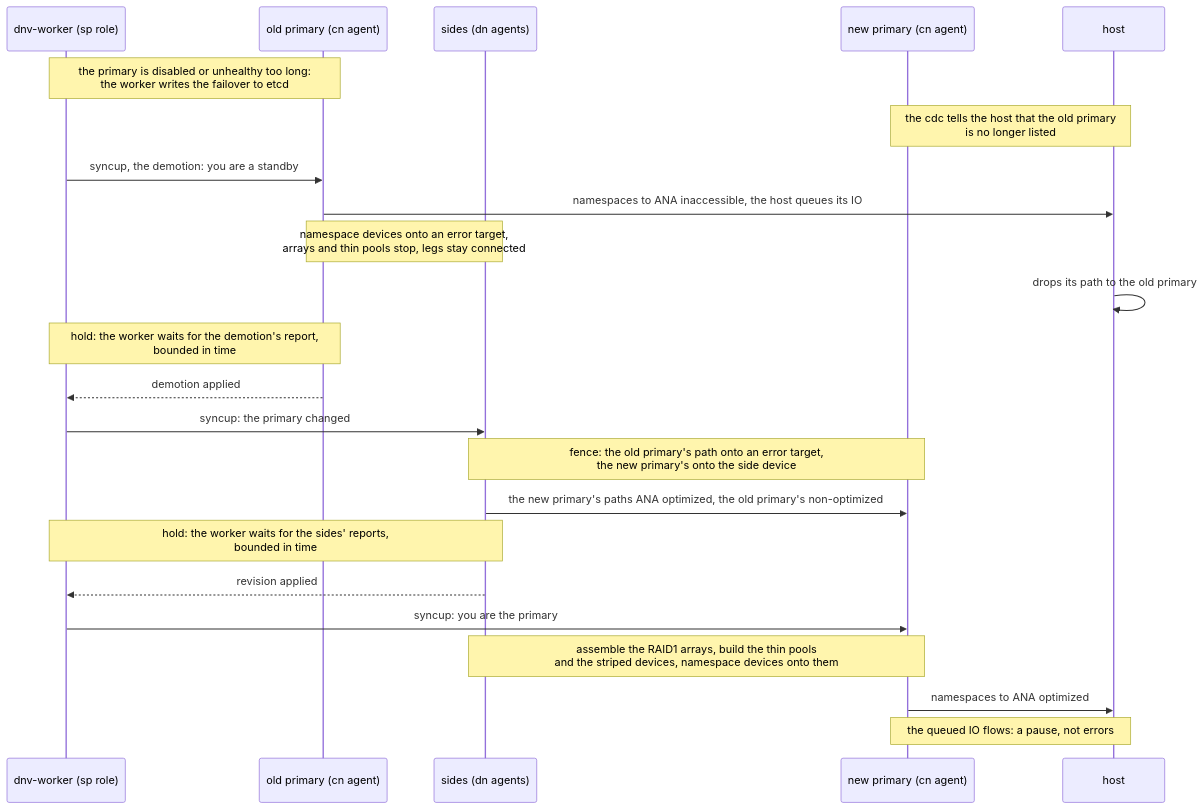
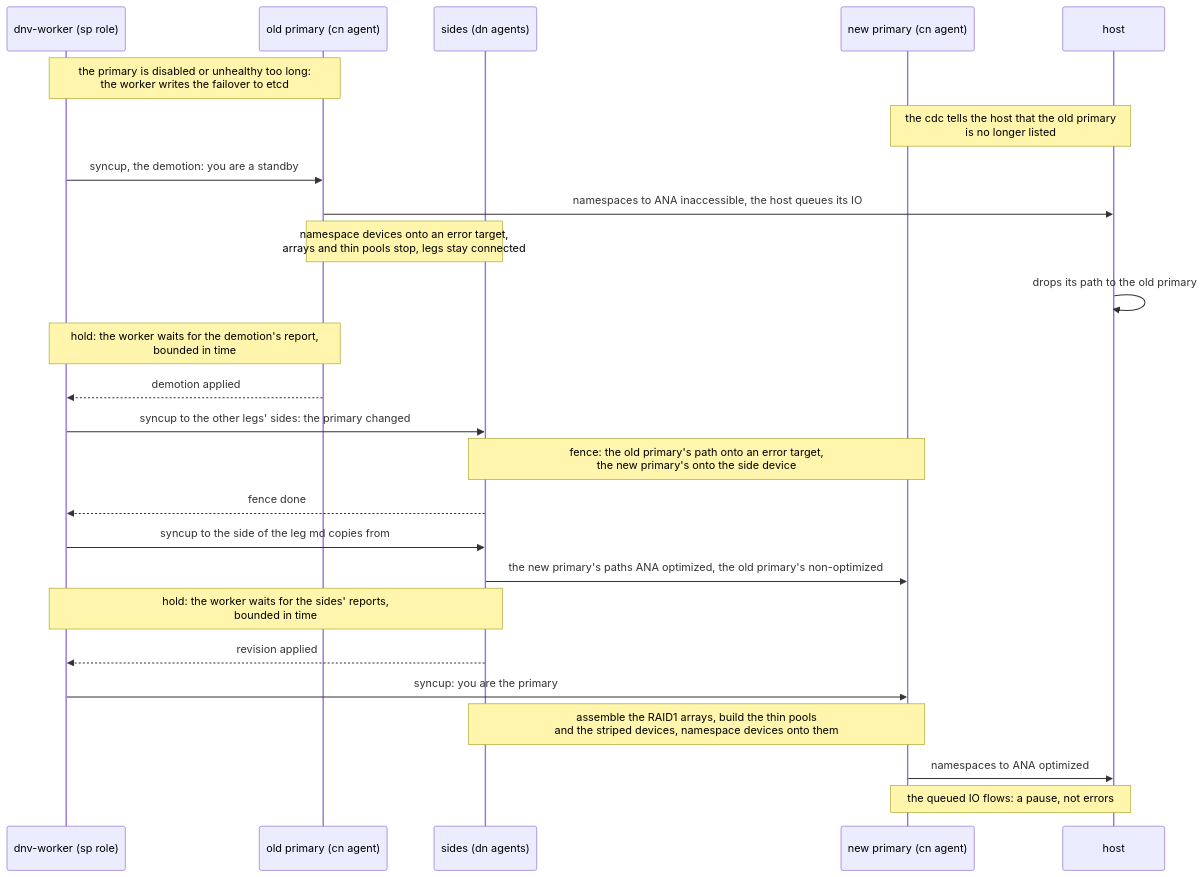
The fourth of 6 diagrams in doc/human/introduction.md (distributed-nvme/distributed-nvme), drawn with Mermaid before and after one commit. The commit also changed other lines of this file and 17 other files, not shown here.

````diff
--- a/doc/human/introduction.md
+++ b/doc/human/introduction.md
@@ -187,25 +192,27 @@
 ```mermaid
 sequenceDiagram
     participant W as dnv-worker (sp role)
     participant O as old primary (cn agent)
     participant S as sides (dn agents)
     participant N as new primary (cn agent)
     participant H as host
     Note over W,O: the primary is disabled or unhealthy too long:<br/>the worker writes the failover to etcd
     Note over N,H: the cdc tells the host that the old primary<br/>is no longer listed
     W->>O: syncup, the demotion: you are a standby
     O->>H: namespaces to ANA inaccessible, the host queues its IO
     Note over O,S: namespace devices onto an error target,<br/>arrays and thin pools stop, legs stay connected
     H->>H: drops its path to the old primary
     Note over W,O: hold: the worker waits for the demotion's report,<br/>bounded in time
     O-->>W: demotion applied
-    W->>S: syncup: the primary changed
+    W->>S: syncup to the other legs' sides: the primary changed
     Note over S,N: fence: the old primary's path onto an error target,<br/>the new primary's onto the side device
+    S-->>W: fence done
+    W->>S: syncup to the side of the leg md copies from
     S->>N: the new primary's paths ANA optimized, the old primary's non-optimized
     Note over W,S: hold: the worker waits for the sides' reports,<br/>bounded in time
     S-->>W: revision applied
     W->>N: syncup: you are the primary
     Note over S,N: assemble the RAID1 arrays, build the thin pools<br/>and the striped devices, namespace devices onto them
     N->>H: namespaces to ANA optimized
     Note over N,H: the queued IO flows: a pause, not errors
 ```
````
